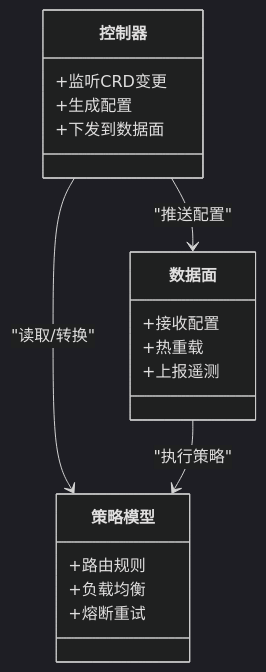
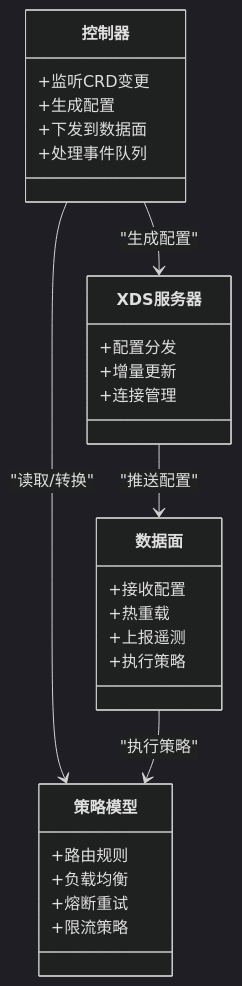
The fifth of 7 diagrams in .qoder/repowiki/zh/content/技术文档体系/Istio服务网格/Istio服务网格.md (nianjiang/nianjiang.github.io), drawn with Mermaid (dark theme) before and after one commit. The commit also changed other lines of this file and 21 other files, not shown here.

````diff
--- a/.qoder/repowiki/zh/content/技术文档体系/Istio服务网格/Istio服务网格.md
+++ b/.qoder/repowiki/zh/content/技术文档体系/Istio服务网格/Istio服务网格.md
@@ -174,21 +205,30 @@
 ```mermaid
 classDiagram
 class 控制器 {
 +监听CRD变更
 +生成配置
 +下发到数据面
++处理事件队列
 }
 class 数据面 {
 +接收配置
 +热重载
 +上报遥测
++执行策略
 }
 class 策略模型 {
 +路由规则
 +负载均衡
 +熔断重试
++限流策略
+}
+class XDS服务器 {
++配置分发
++增量更新
++连接管理
 }
 控制器 --> 策略模型 : "读取/转换"
-控制器 --> 数据面 : "推送配置"
+控制器 --> XDS服务器 : "生成配置"
+XDS服务器 --> 数据面 : "推送配置"
 数据面 --> 策略模型 : "执行策略"
 ```
````
